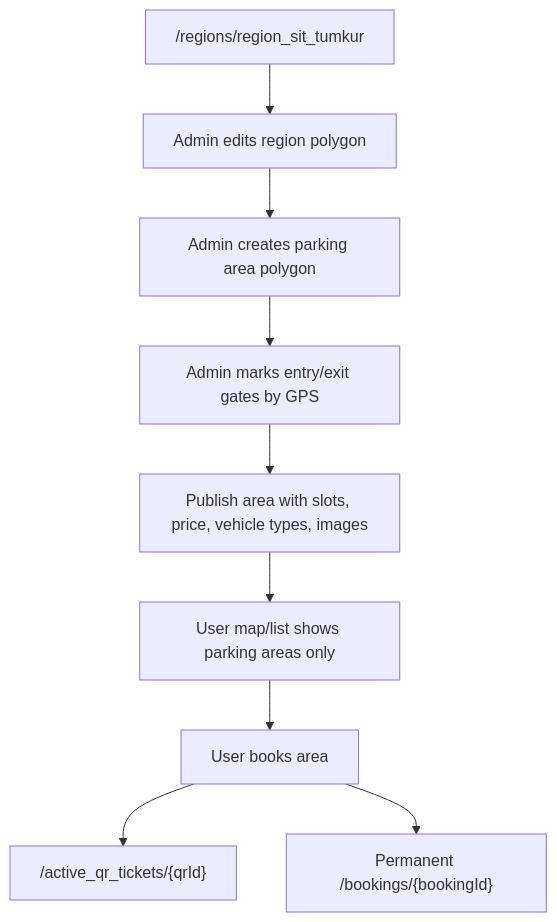
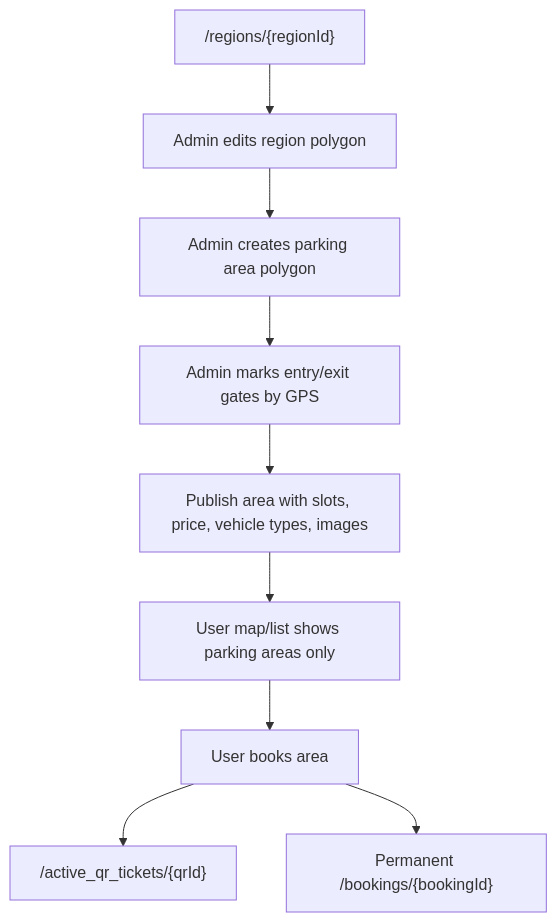
Before and after one commit to snehil-pandey/smart-parking-occupancy-system: the seventh of 15 diagrams in docs/ARCHITECTURE.md, drawn with Mermaid. The commit also changed other lines of this file and 3 other files, not shown here.

Commit message:
docs(admin): update controlled region workflow

````diff
--- a/docs/ARCHITECTURE.md
+++ b/docs/ARCHITECTURE.md
@@ -128,11 +134,11 @@
 ```mermaid
 flowchart TD
-  Region["/regions/region_sit_tumkur"] --> Boundary["Admin edits region polygon"]
+  Region["/regions/{regionId}"] --> Boundary["Admin edits region polygon"]
   Boundary --> Area["Admin creates parking area polygon"]
   Area --> Gates["Admin marks entry/exit gates by GPS"]
   Gates --> Publish["Publish area with slots, price, vehicle types, images"]
   Publish --> UserMap["User map/list shows parking areas only"]
   UserMap --> Booking["User books area"]
   Booking --> ActiveQR["/active_qr_tickets/{qrId}"]
   Booking --> History["Permanent /bookings/{bookingId}"]
 ```
````
